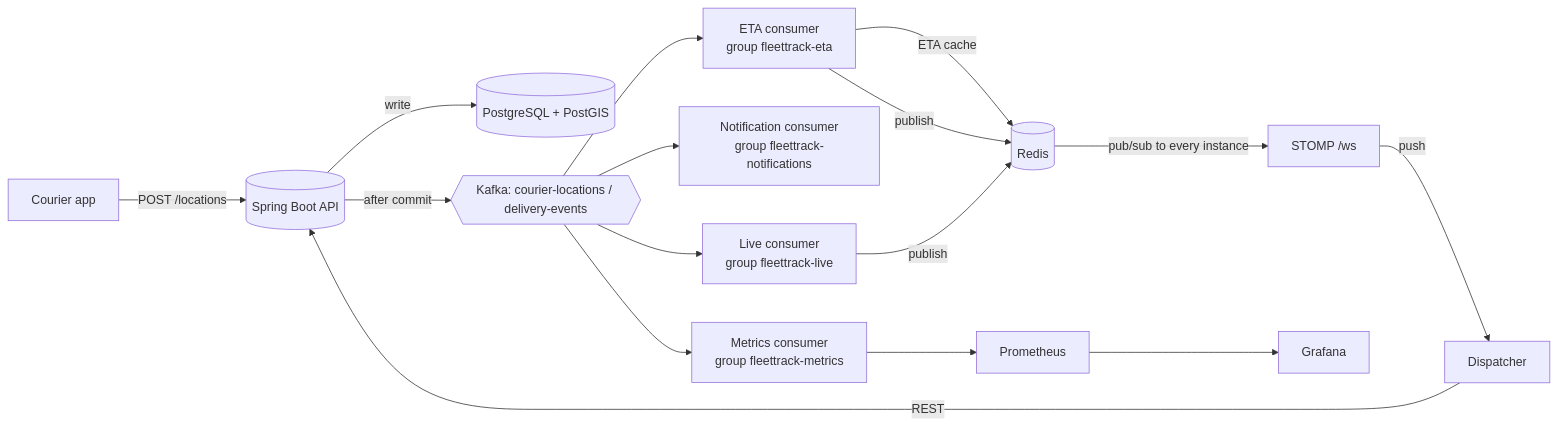
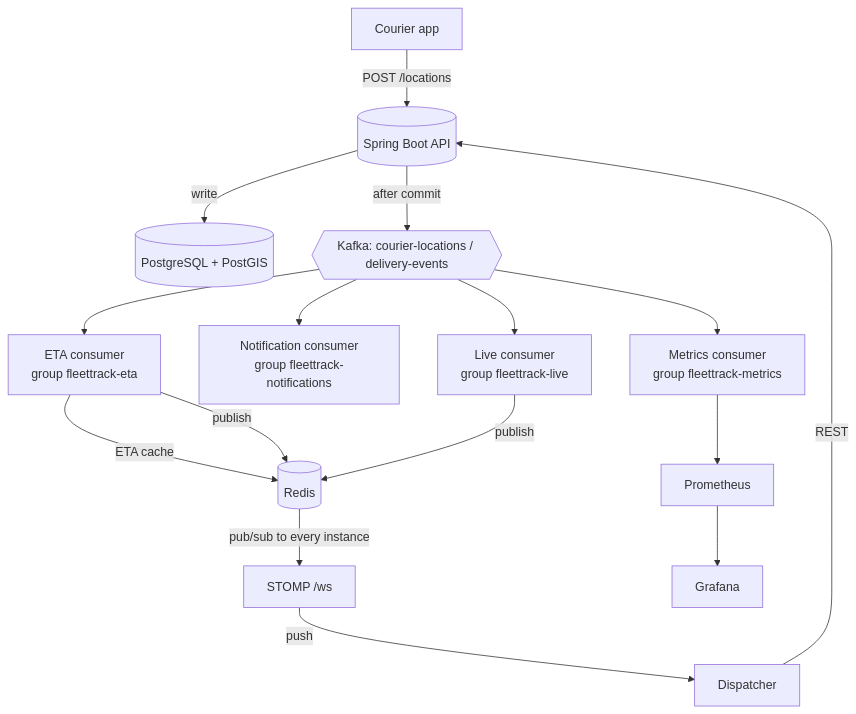
One commit to Aditya-vk01/fleettrack changed the diagram in README.md. Above: the diagram before and after it, drawn with Mermaid.

````diff
--- a/README.md
+++ b/README.md
@@ -11,17 +11,17 @@
 ```mermaid
-flowchart LR
+flowchart TB
     C[Courier app] -- POST /locations --> API
     D[Dispatcher] -- REST --> API
     API[(Spring Boot API)] -- write --> PG[(PostgreSQL + PostGIS)]
     API -- after commit --> K{{Kafka: courier-locations / delivery-events}}
     K --> ETA[ETA consumer<br/>group fleettrack-eta]
     K --> N[Notification consumer<br/>group fleettrack-notifications]
     K --> M[Metrics consumer<br/>group fleettrack-metrics]
     K --> L[Live consumer<br/>group fleettrack-live]
     ETA -- ETA cache --> R[(Redis)]
     ETA -- publish --> R
     L -- publish --> R
     R -- pub/sub to every instance --> WS[STOMP /ws]
     WS -- push --> D
     M --> P[Prometheus] --> G[Grafana]
 ```
````
